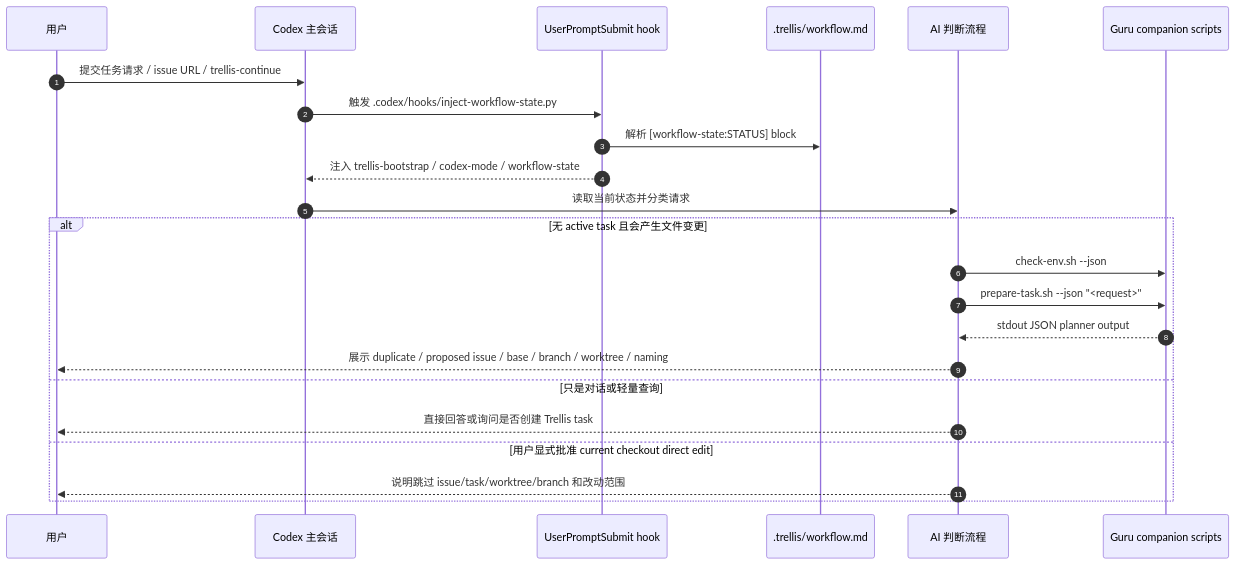
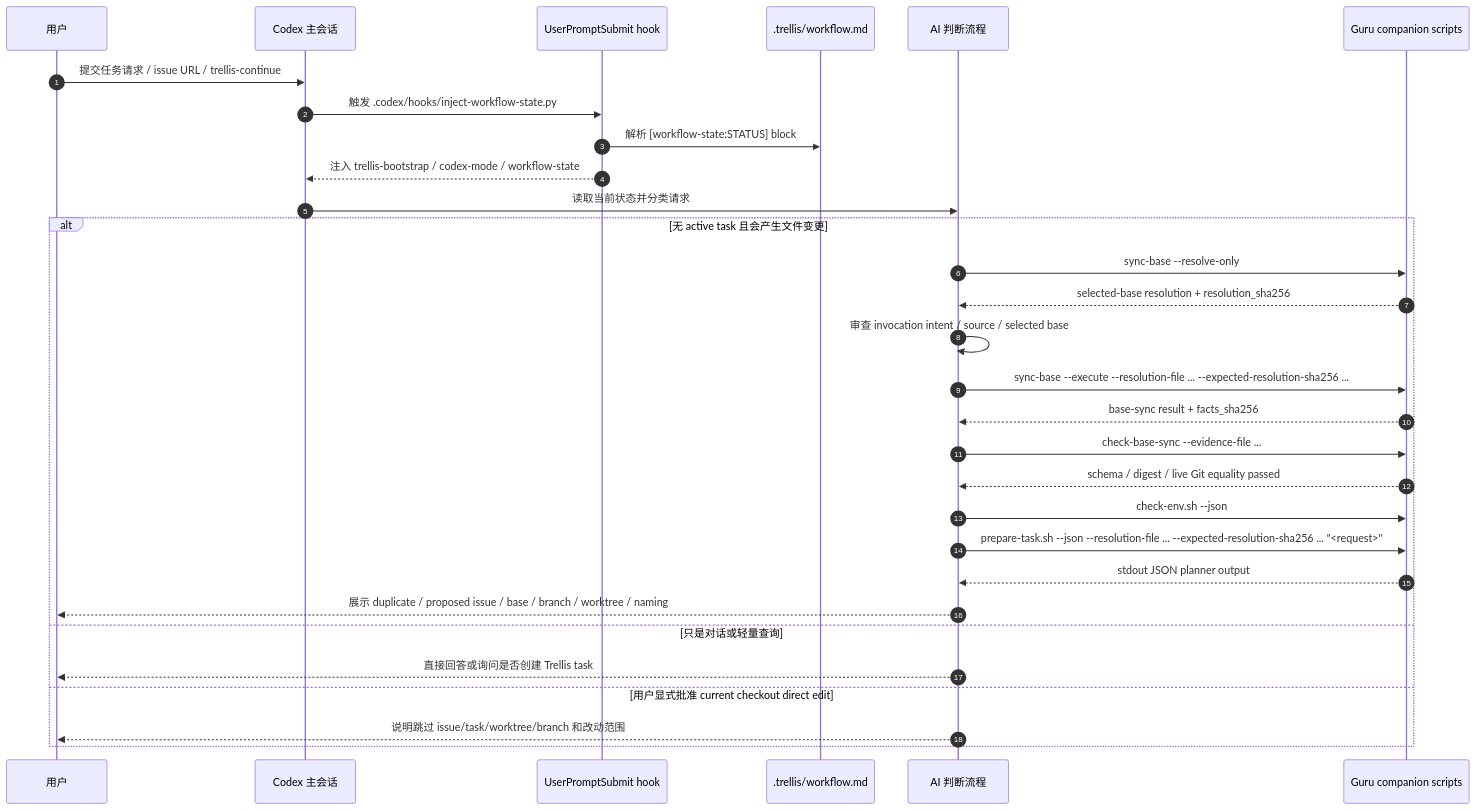
Before and after one commit to castbox/guru-trellis: the third of 6 diagrams in docs/requirements/guru-team-trellis-flow.md, drawn with Mermaid. The commit also changed other lines of this file and 102 other files, not shown here.

````diff
--- a/docs/requirements/guru-team-trellis-flow.md
+++ b/docs/requirements/guru-team-trellis-flow.md
@@ -124,26 +128,33 @@
 ```mermaid
 sequenceDiagram
   autonumber
   participant User as 用户
   participant Codex as Codex 主会话
   participant Hook as UserPromptSubmit hook
   participant Workflow as .trellis/workflow.md
   participant AI as AI 判断流程
   participant Script as Guru companion scripts
 
   User->>Codex: 提交任务请求 / issue URL / trellis-continue
   Codex->>Hook: 触发 .codex/hooks/inject-workflow-state.py
   Hook->>Workflow: 解析 [workflow-state:STATUS] block
   Hook-->>Codex: 注入 trellis-bootstrap / codex-mode / workflow-state
   Codex->>AI: 读取当前状态并分类请求
   alt 无 active task 且会产生文件变更
+    AI->>Script: sync-base --resolve-only
+    Script-->>AI: selected-base resolution + resolution_sha256
+    AI->>AI: 审查 invocation intent / source / selected base
+    AI->>Script: sync-base --execute --resolution-file ... --expected-resolution-sha256 ...
+    Script-->>AI: base-sync result + facts_sha256
+    AI->>Script: check-base-sync --evidence-file ...
+    Script-->>AI: schema / digest / live Git equality passed
     AI->>Script: check-env.sh --json
-    AI->>Script: prepare-task.sh --json "<request>"
+    AI->>Script: prepare-task.sh --json --resolution-file ... --expected-resolution-sha256 ... "<request>"
     Script-->>AI: stdout JSON planner output
     AI-->>User: 展示 duplicate / proposed issue / base / branch / worktree / naming
   else 只是对话或轻量查询
     AI-->>User: 直接回答或询问是否创建 Trellis task
   else 用户显式批准 current checkout direct edit
     AI-->>User: 说明跳过 issue/task/worktree/branch 和改动范围
   end
 ```
````
